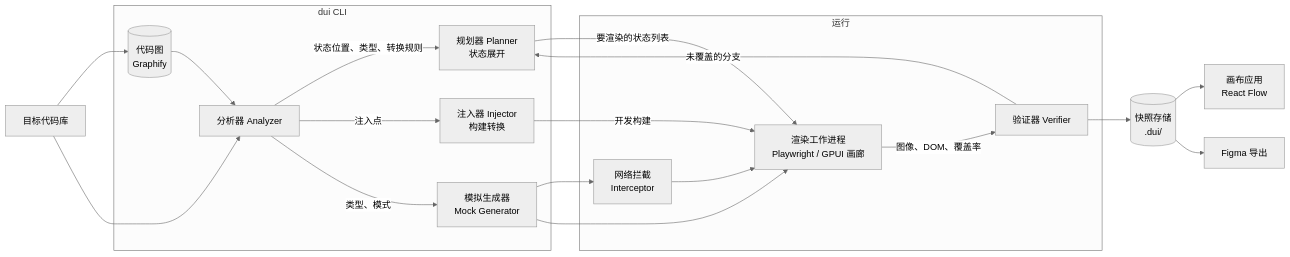
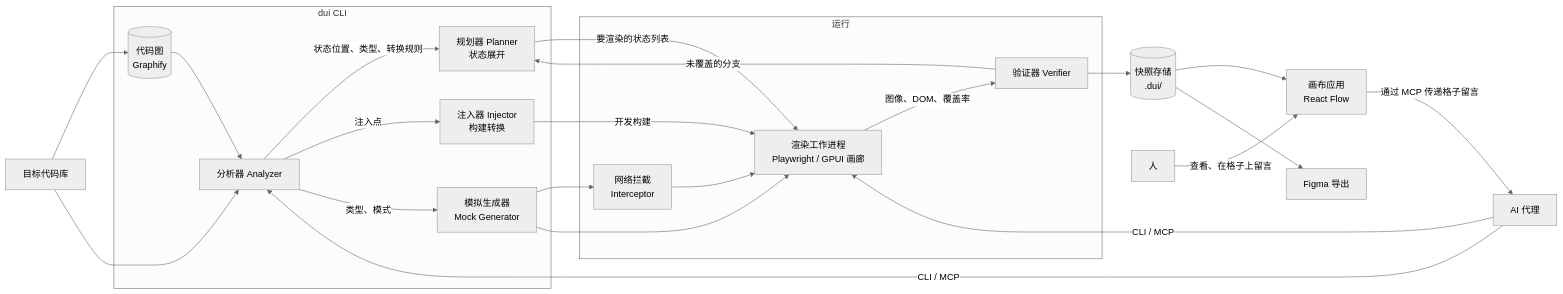
One commit to de-novo/dui changed the diagram in docs/zh-CN/design-v0.md. Above: the diagram before and after it, drawn with Mermaid (neutral theme). The commit also changed other lines of this file and 5 other files, not shown here.

````diff
--- a/docs/zh-CN/design-v0.md
+++ b/docs/zh-CN/design-v0.md
@@ -48,34 +60,38 @@
 ```mermaid
 flowchart LR
   subgraph CLI["dui CLI"]
     A[分析器 Analyzer]
     G[(代码图<br/>Graphify)]
     I[注入器 Injector<br/>构建转换]
     M[模拟生成器<br/>Mock Generator]
     P[规划器 Planner<br/>状态展开]
   end
   subgraph Run["运行"]
     N[网络拦截<br/>Interceptor]
     R[渲染工作进程<br/>Playwright / GPUI 画廊]
     V[验证器 Verifier]
   end
   S[(快照存储<br/>.dui/)]
   C[画布应用<br/>React Flow]
   F[Figma 导出]
 
   Code[目标代码库] --> G --> A
   Code --> A
   A -->|状态位置、类型、转换规则| P
   A -->|注入点| I
   A -->|类型、模式| M
   P -->|要渲染的状态列表| R
   M --> N
   M --> R
   I -->|开发构建| R
   N --> R
   R -->|图像、DOM、覆盖率| V
   V --> S
   S --> C
   S --> F
   V -->|未覆盖的分支| P
+  AI[AI 代理] -->|CLI / MCP| A
+  AI -->|CLI / MCP| R
+  H[人] -->|查看、在格子上留言| C
+  C -->|通过 MCP 传递格子留言| AI
 ```
````
